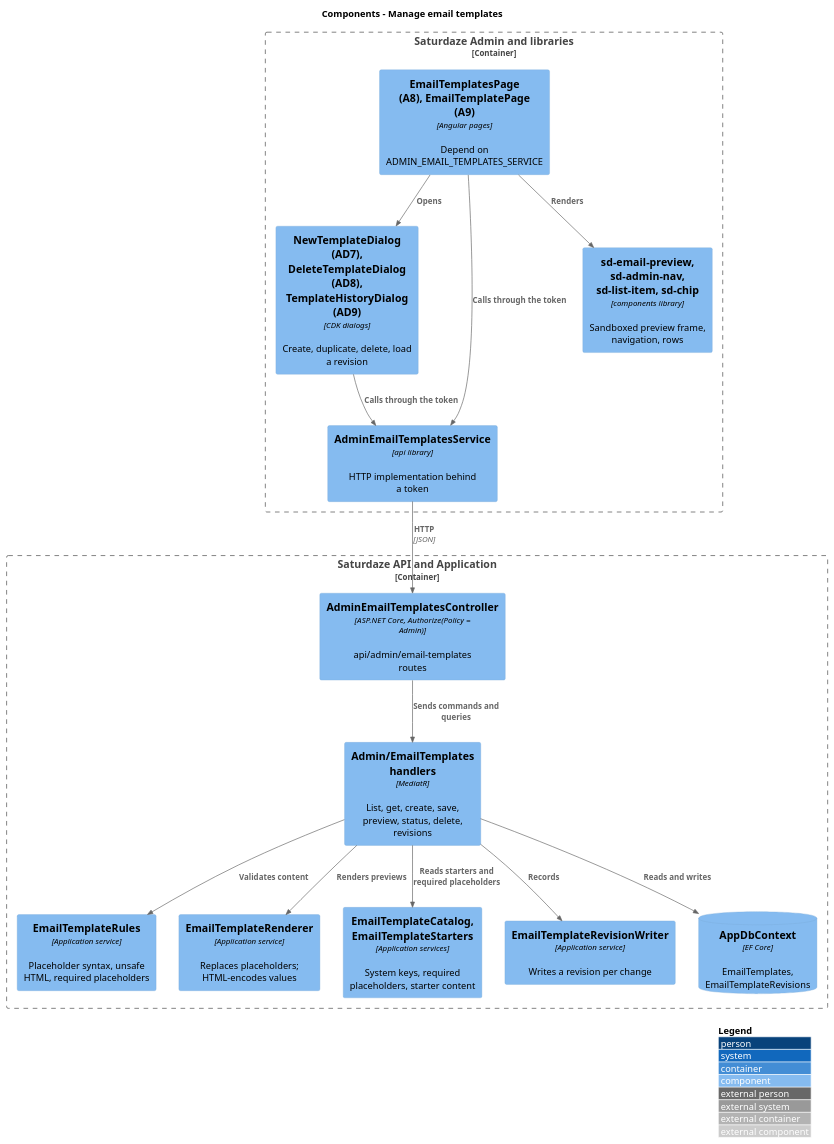
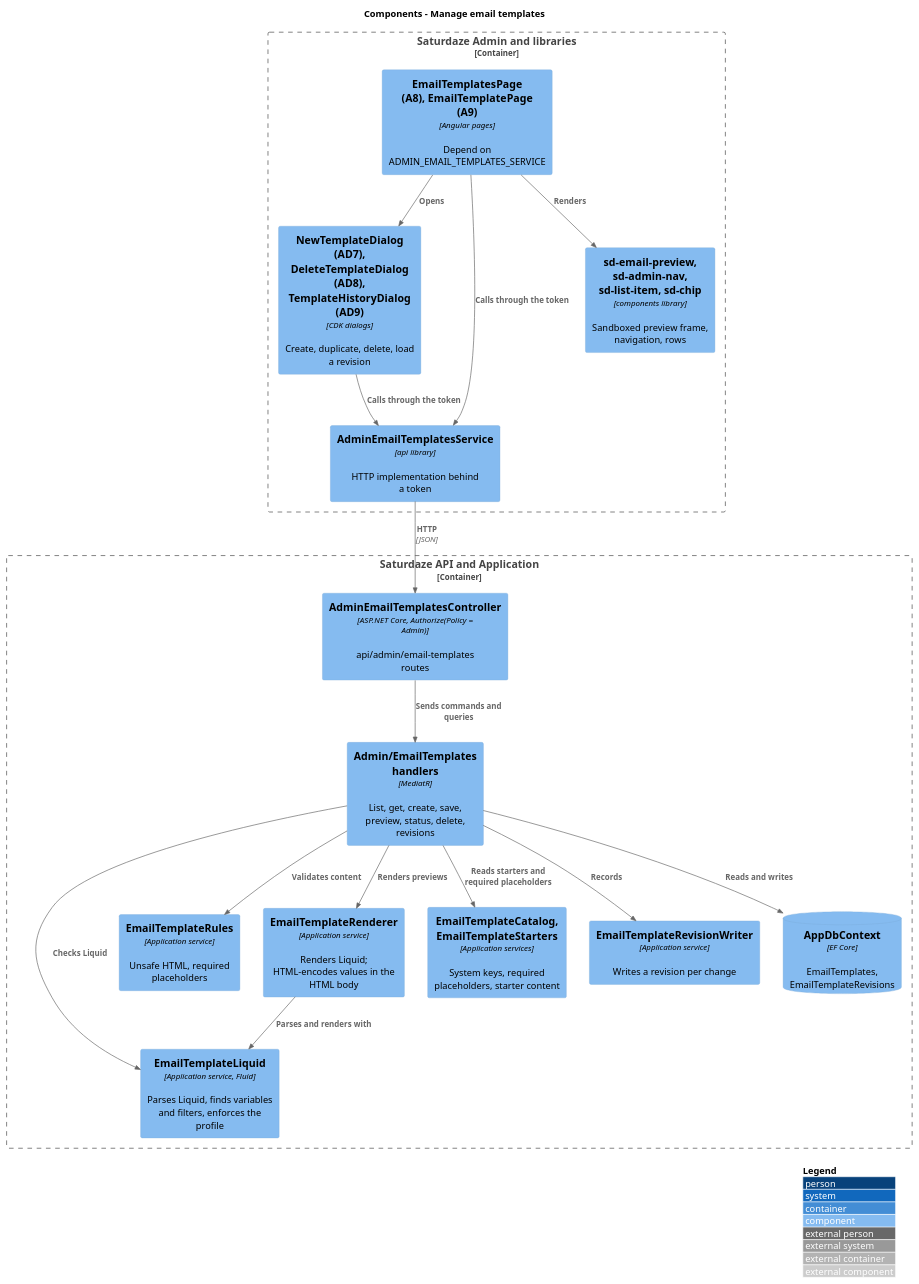
One commit to QuinntyneBrown/saturdaze changed the diagram in docs/detailed-designs/administration/manage-email-templates/diagrams/c4-component.puml. Above: the diagram before and after it, drawn with PlantUML. The commit also changed 10 other files, not shown here.

First line of the commit message:
docs: write email templates in Liquid (L2-131, ADR-016)

```diff
--- a/docs/detailed-designs/administration/manage-email-templates/diagrams/c4-component.puml
+++ b/docs/detailed-designs/administration/manage-email-templates/diagrams/c4-component.puml
@@ -1,32 +1,35 @@
 @startuml
 !include <C4/C4_Component>
 LAYOUT_WITH_LEGEND()
 title Components - Manage email templates
 
 Container_Boundary(adminweb, "Saturdaze Admin and libraries") {
   Component(pages, "EmailTemplatesPage (A8), EmailTemplatePage (A9)", "Angular pages", "Depend on ADMIN_EMAIL_TEMPLATES_SERVICE")
   Component(dialogs, "NewTemplateDialog (AD7), DeleteTemplateDialog (AD8), TemplateHistoryDialog (AD9)", "CDK dialogs", "Create, duplicate, delete, load a revision")
   Component(svc, "AdminEmailTemplatesService", "api library", "HTTP implementation behind a token")
   Component(ui, "sd-email-preview, sd-admin-nav, sd-list-item, sd-chip", "components library", "Sandboxed preview frame, navigation, rows")
 }
 Container_Boundary(api, "Saturdaze API and Application") {
   Component(ctrl, "AdminEmailTemplatesController", "ASP.NET Core, Authorize(Policy = Admin)", "api/admin/email-templates routes")
   Component(handlers, "Admin/EmailTemplates handlers", "MediatR", "List, get, create, save, preview, status, delete, revisions")
-  Component(rules, "EmailTemplateRules", "Application service", "Placeholder syntax, unsafe HTML, required placeholders")
-  Component(renderer, "EmailTemplateRenderer", "Application service", "Replaces placeholders; HTML-encodes values")
+  Component(liquid, "EmailTemplateLiquid", "Application service, Fluid", "Parses Liquid, finds variables and filters, enforces the profile")
+  Component(rules, "EmailTemplateRules", "Application service", "Unsafe HTML, required placeholders")
+  Component(renderer, "EmailTemplateRenderer", "Application service", "Renders Liquid; HTML-encodes values in the HTML body")
   Component(catalog, "EmailTemplateCatalog, EmailTemplateStarters", "Application services", "System keys, required placeholders, starter content")
   Component(revisions, "EmailTemplateRevisionWriter", "Application service", "Writes a revision per change")
   ComponentDb(db, "AppDbContext", "EF Core", "EmailTemplates, EmailTemplateRevisions")
 }
 Rel(pages, dialogs, "Opens")
 Rel(pages, ui, "Renders")
 Rel(pages, svc, "Calls through the token")
 Rel(dialogs, svc, "Calls through the token")
 Rel(svc, ctrl, "HTTP", "JSON")
 Rel(ctrl, handlers, "Sends commands and queries")
+Rel(handlers, liquid, "Checks Liquid")
 Rel(handlers, rules, "Validates content")
+Rel(renderer, liquid, "Parses and renders with")
 Rel(handlers, renderer, "Renders previews")
 Rel(handlers, catalog, "Reads starters and required placeholders")
 Rel(handlers, revisions, "Records")
 Rel(handlers, db, "Reads and writes")
 @enduml
```
